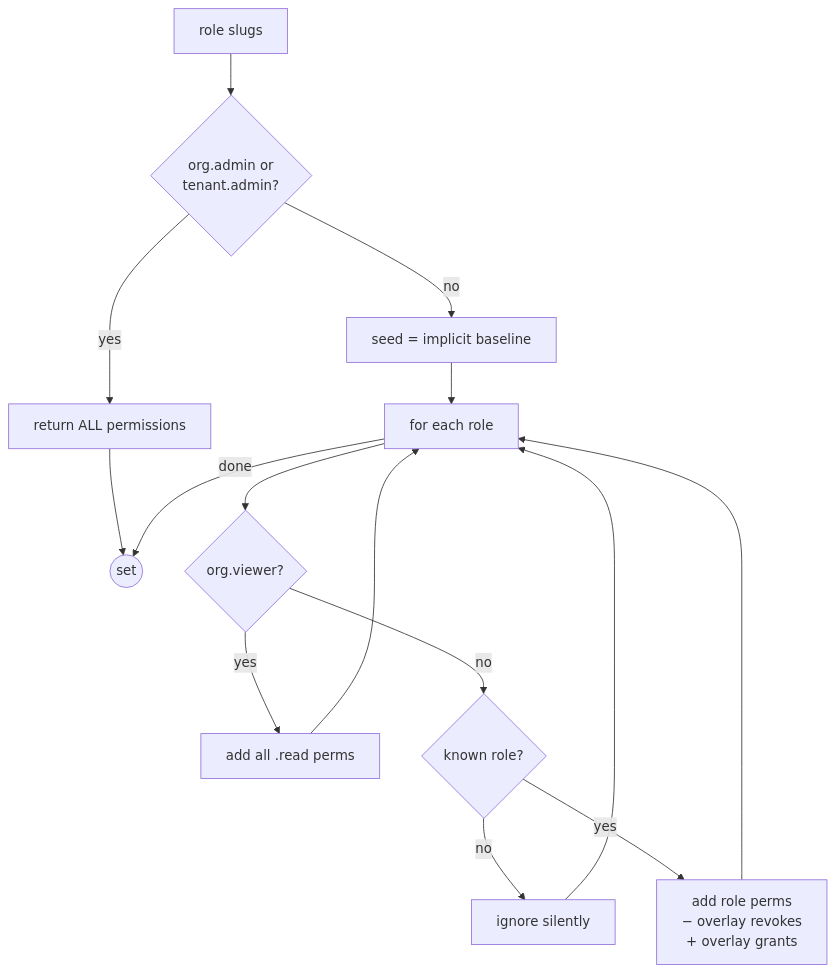
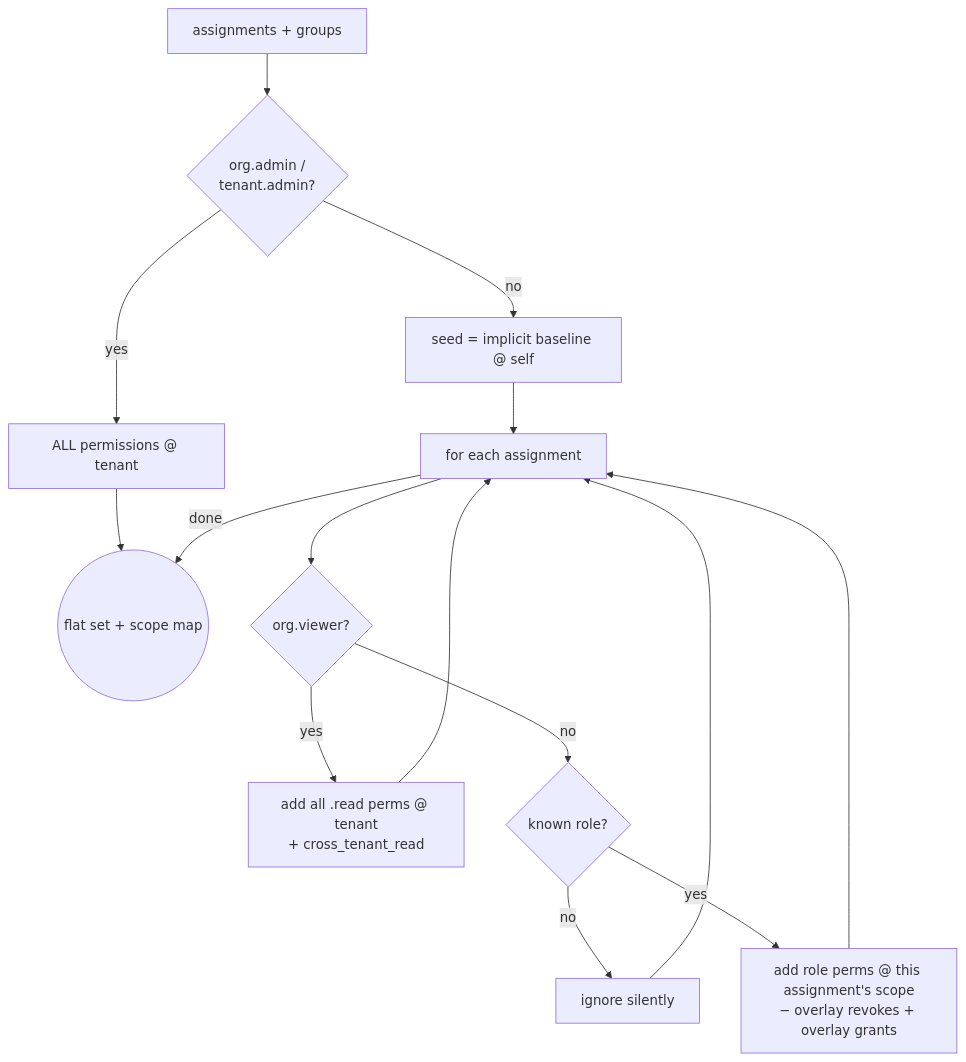
The second of 4 diagrams in docs/platform/rbac.md (Seta-International/agent-platform), drawn with Mermaid before and after one commit. The commit also changed other lines of this file and 565 other files, not shown here.

First line of the commit message:
refactor(rbac): FUT-378 scoped role assignments + unified scope layer (#295)

````diff
--- a/docs/platform/rbac.md
+++ b/docs/platform/rbac.md
@@ -51,16 +102,16 @@
 ```mermaid
 flowchart TD
-  A[role slugs] --> B{org.admin or<br/>tenant.admin?}
-  B -- yes --> W[return ALL permissions] --> Z((set))
-  B -- no --> C[seed = implicit baseline]
-  C --> D[for each role]
+  A[assignments + groups] --> B{org.admin /<br/>tenant.admin?}
+  B -- yes --> W[ALL permissions @ tenant] --> Z((flat set + scope map))
+  B -- no --> C[seed = implicit baseline @ self]
+  C --> D[for each assignment]
   D --> E{org.viewer?}
-  E -- yes --> F[add all .read perms]
+  E -- yes --> F[add all .read perms @ tenant<br/>+ cross_tenant_read]
   E -- no --> G{known role?}
   G -- no --> H[ignore silently]
-  G -- yes --> I[add role perms<br/>− overlay revokes<br/>+ overlay grants]
+  G -- yes --> I["add role perms @ this assignment's scope<br/>− overlay revokes + overlay grants"]
   F --> D
   H --> D
   I --> D
   D -->|done| Z
 ```
````
